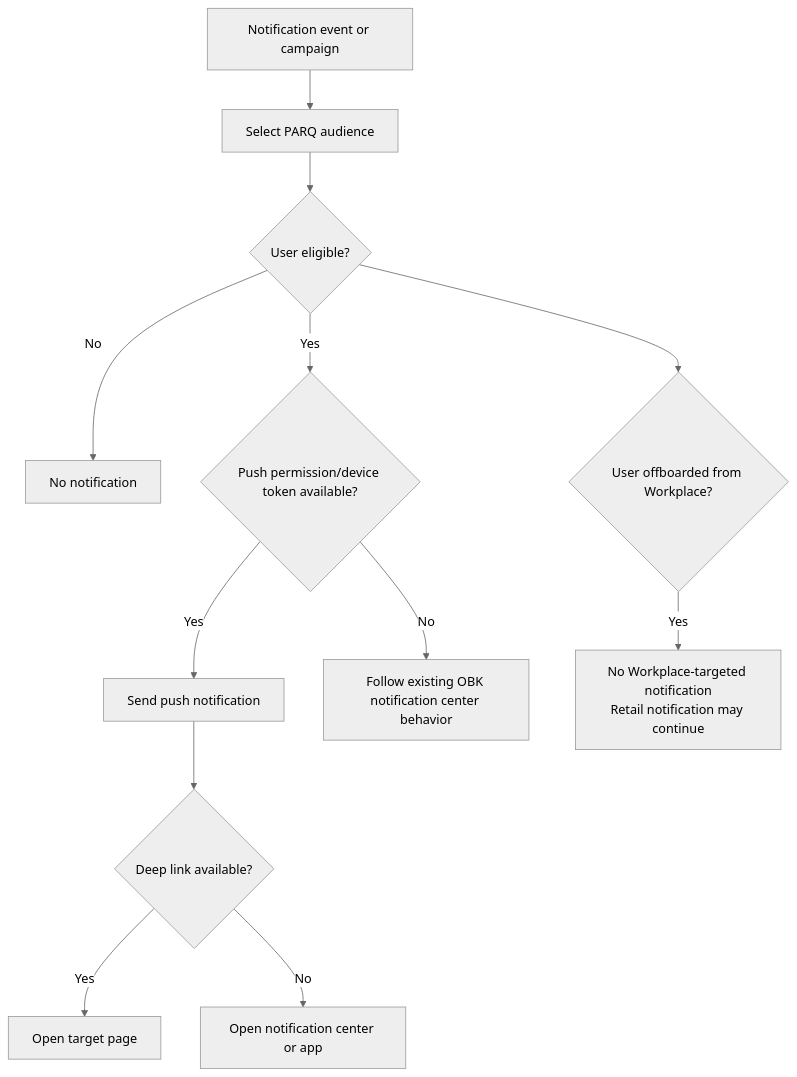
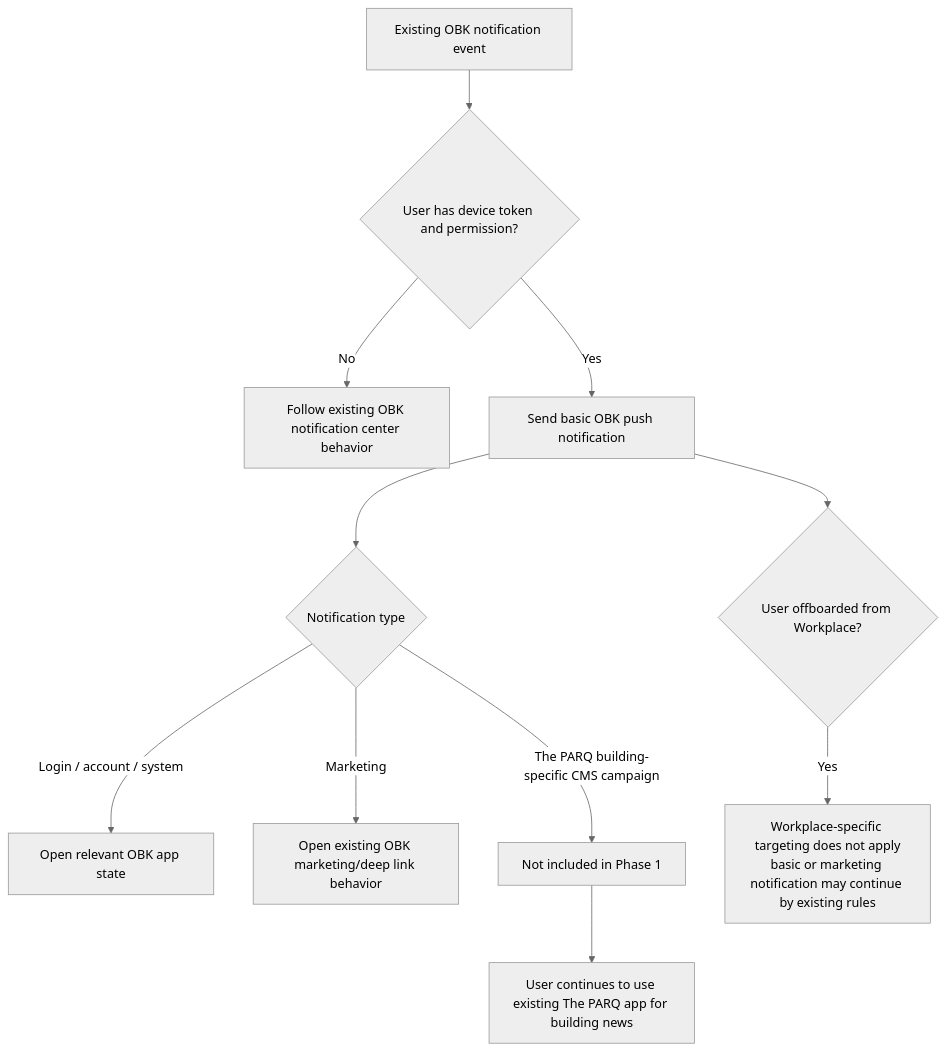
Diagram 20 of 21 in 02_Discovery/PARQ_UX_Stakeholder_User_Flow_Pack.md (khempaphatama-bas/parq-integration), drawn with Mermaid (neutral theme) before and after one commit. The commit also changed other lines of this file and 13 other files, not shown here.

Commit message:
Update stakeholder user flows, Architetcure Impact

````diff
--- a/02_Discovery/PARQ_UX_Stakeholder_User_Flow_Pack.md
+++ b/02_Discovery/PARQ_UX_Stakeholder_User_Flow_Pack.md
@@ -614,14 +705,13 @@
 ```mermaid
 flowchart TD
-    A["Notification event or campaign"] --> B["Select PARQ audience"]
-    B --> C{"User eligible?"}
-    C -- "No" --> D["No notification"]
-    C -- "Yes" --> E{"Push permission/device token available?"}
-    E -- "Yes" --> F["Send push notification"]
-    E -- "No" --> G["Follow existing OBK notification center behavior"]
-    F --> H{"Deep link available?"}
-    H -- "Yes" --> I["Open target page"]
-    H -- "No" --> J["Open notification center or app"]
-    C --> K{"User offboarded from Workplace?"}
-    K -- "Yes" --> L["No Workplace-targeted notification\nRetail notification may continue"]
+    A["Existing OBK notification event"] --> B{"User has device token and permission?"}
+    B -- "No" --> C["Follow existing OBK notification center behavior"]
+    B -- "Yes" --> D["Send basic OBK push notification"]
+    D --> E{"Notification type"}
+    E -- "Login / account / system" --> F["Open relevant OBK app state"]
+    E -- "Marketing" --> G["Open existing OBK marketing/deep link behavior"]
+    E -- "The PARQ building-specific CMS campaign" --> H["Not included in Phase 1"]
+    H --> I["User continues to use existing The PARQ app for building news"]
+    D --> J{"User offboarded from Workplace?"}
+    J -- "Yes" --> K["Workplace-specific targeting does not apply\nbasic or marketing notification may continue by existing rules"]
 ```
````
